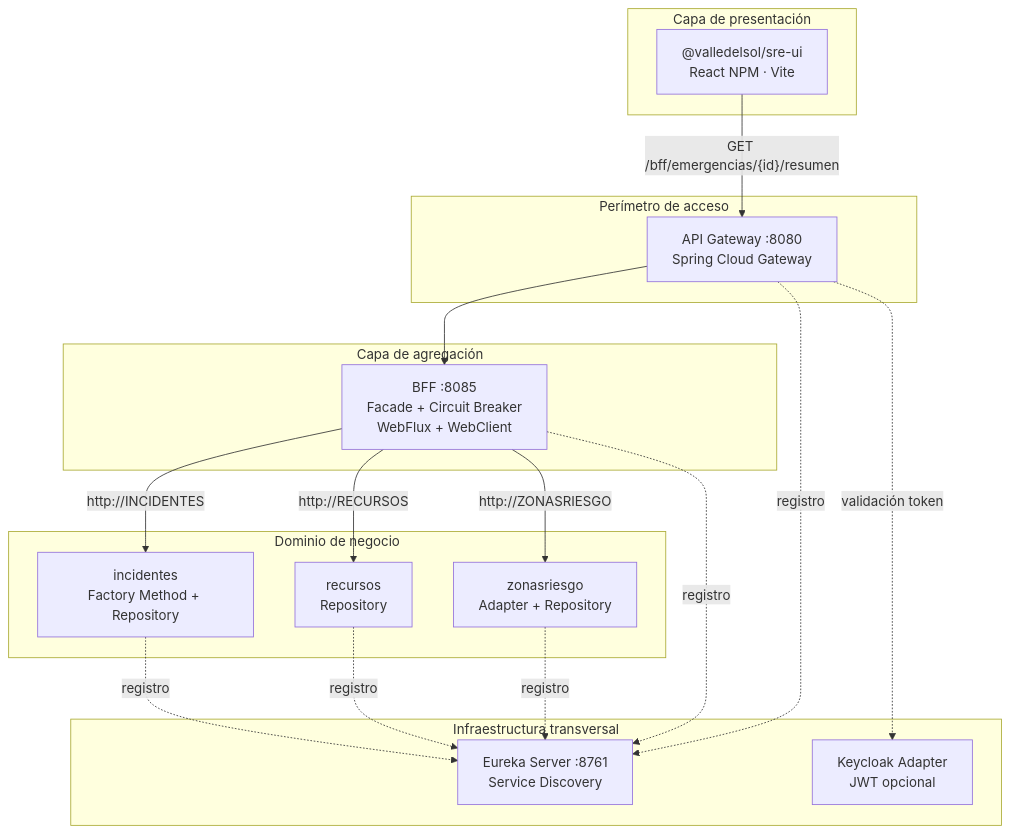
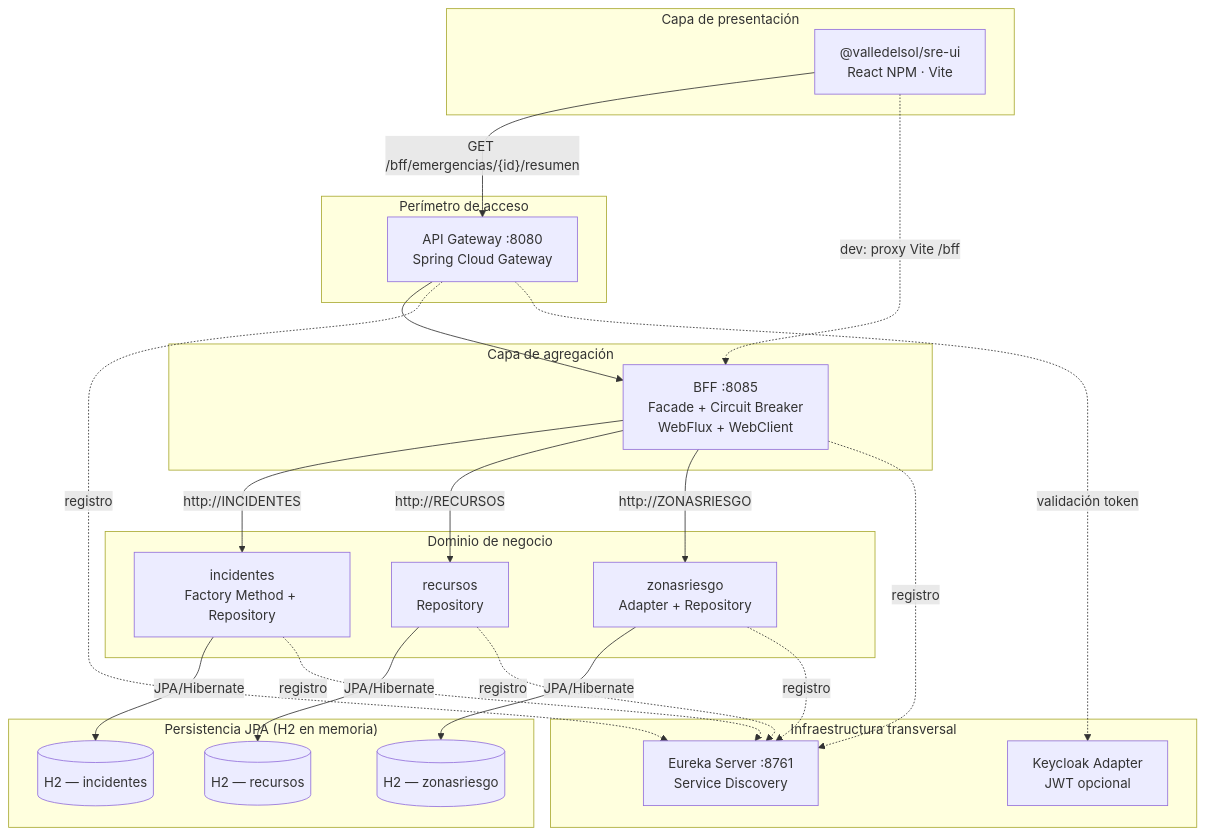
One commit to KhanIvall/SRE-ValleDeSol changed the first of 10 diagrams in Analisis-Patrones-Arquetipos-SRE-EP2.md. Above: the diagram before and after it, drawn with Mermaid. The commit also changed other lines of this file and 18 other files, not shown here.

````diff
--- a/Analisis-Patrones-Arquetipos-SRE-EP2.md
+++ b/Analisis-Patrones-Arquetipos-SRE-EP2.md
@@ -244,33 +244,43 @@
 ```mermaid
 flowchart TB
     subgraph cliente["Capa de presentación"]
         UI["@valledelsol/sre-ui<br/>React NPM · Vite"]
     end
 
     subgraph perimetro["Perímetro de acceso"]
         GW["API Gateway :8080<br/>Spring Cloud Gateway"]
     end
 
     subgraph agregacion["Capa de agregación"]
         BFF["BFF :8085<br/>Facade + Circuit Breaker<br/>WebFlux + WebClient"]
     end
 
     subgraph dominio["Dominio de negocio"]
         INC["incidentes<br/>Factory Method + Repository"]
         REC["recursos<br/>Repository"]
         ZON["zonasriesgo<br/>Adapter + Repository"]
     end
 
+    subgraph persistencia["Persistencia JPA (H2 en memoria)"]
+        DB1[("H2 — incidentes")]
+        DB2[("H2 — recursos")]
+        DB3[("H2 — zonasriesgo")]
+    end
+
     subgraph infra["Infraestructura transversal"]
         EUR["Eureka Server :8761<br/>Service Discovery"]
         KC["Keycloak Adapter<br/>JWT opcional"]
     end
 
     UI -->|"GET /bff/emergencias/{id}/resumen"| GW
     GW --> BFF
     BFF -->|"http://INCIDENTES"| INC
     BFF -->|"http://RECURSOS"| REC
     BFF -->|"http://ZONASRIESGO"| ZON
+    INC -->|JPA/Hibernate| DB1
+    REC -->|JPA/Hibernate| DB2
+    ZON -->|JPA/Hibernate| DB3
+    UI -.->|"dev: proxy Vite /bff"| BFF
     INC & REC & ZON & BFF & GW -.->|registro| EUR
     GW -.->|validación token| KC
 ```
````
